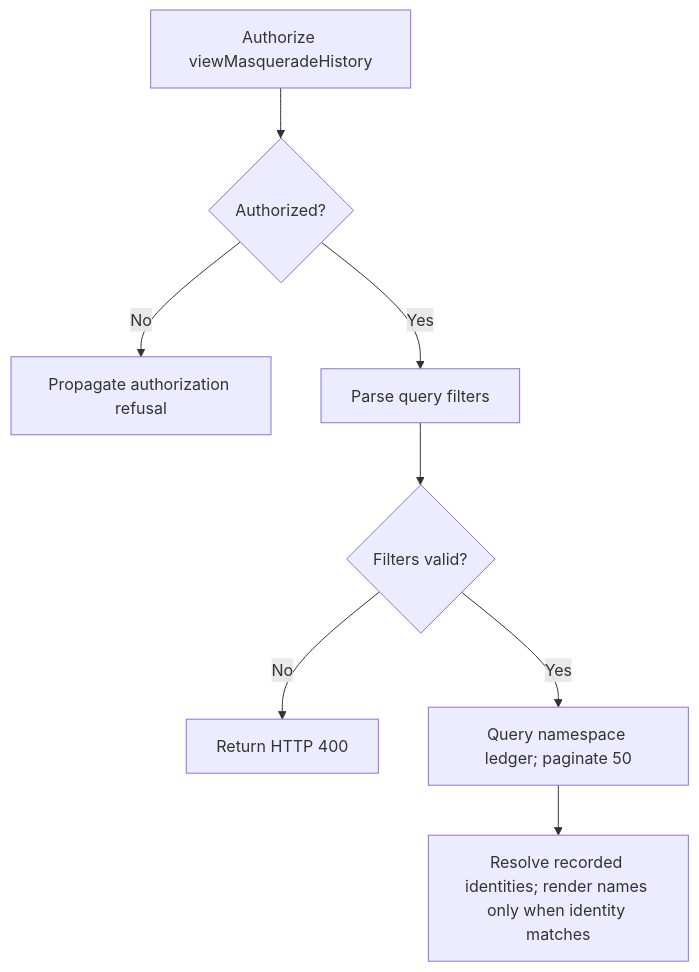
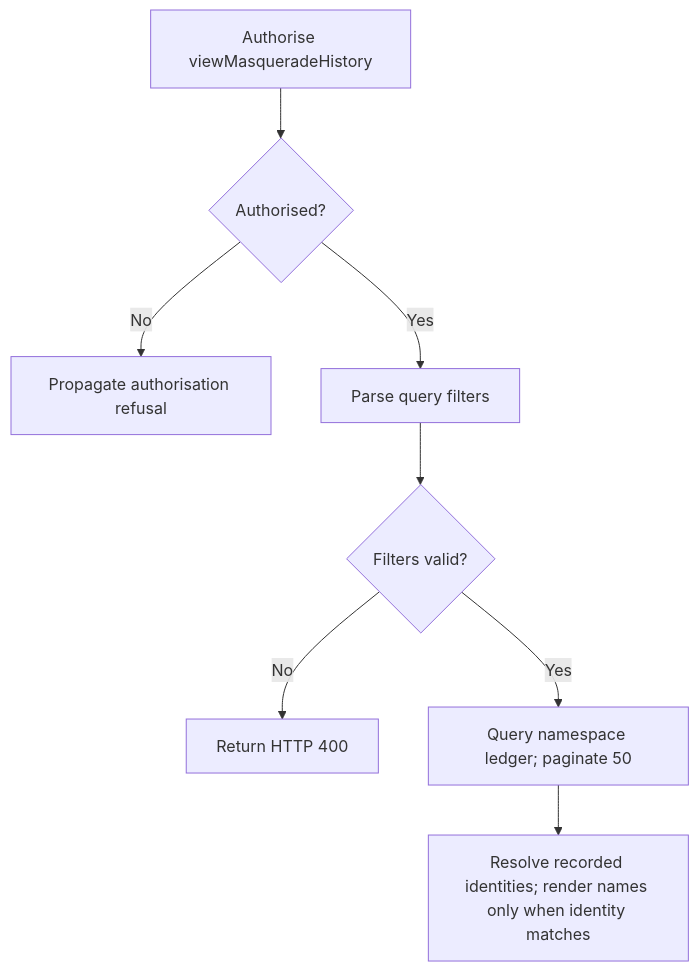
One commit to Kevinjohn/oss-adonisjs-masquerade changed the second of 2 diagrams in user-stories/audit-business-work/us-audit-03-review-transition-history.md. Above: the diagram before and after it, drawn with Mermaid. The commit also changed 42 other files, not shown here.

````diff
--- a/user-stories/audit-business-work/us-audit-03-review-transition-history.md
+++ b/user-stories/audit-business-work/us-audit-03-review-transition-history.md
@@ -30,10 +30,10 @@
 ```mermaid
 flowchart TD
-    A["Authorize viewMasqueradeHistory"] --> Q{"Authorized?"}
-    Q -->|No| R["Propagate authorization refusal"]
+    A["Authorise viewMasqueradeHistory"] --> Q{"Authorised?"}
+    Q -->|No| R["Propagate authorisation refusal"]
     Q -->|Yes| P["Parse query filters"]
     P --> S{"Filters valid?"}
     S -->|No| T["Return HTTP 400"]
     S -->|Yes| B["Query namespace ledger; paginate 50"]
     B --> C["Resolve recorded identities; render names only when identity matches"]
 ```
````
